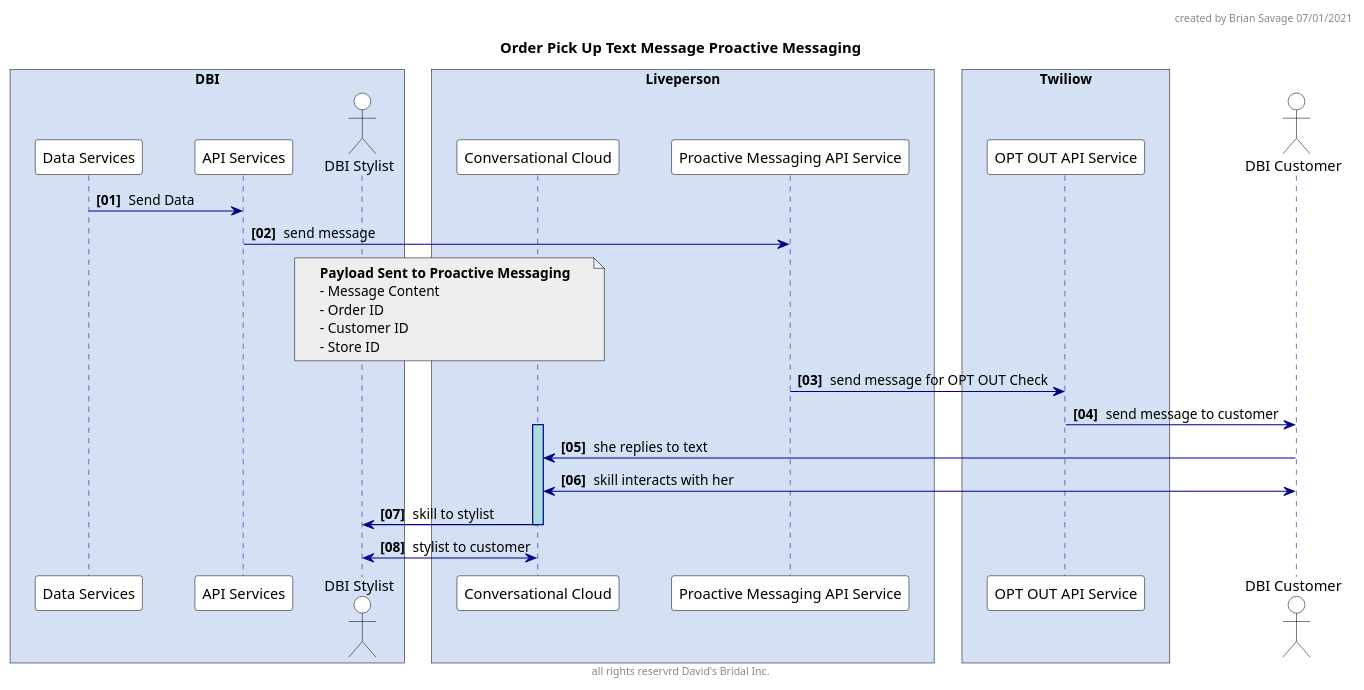
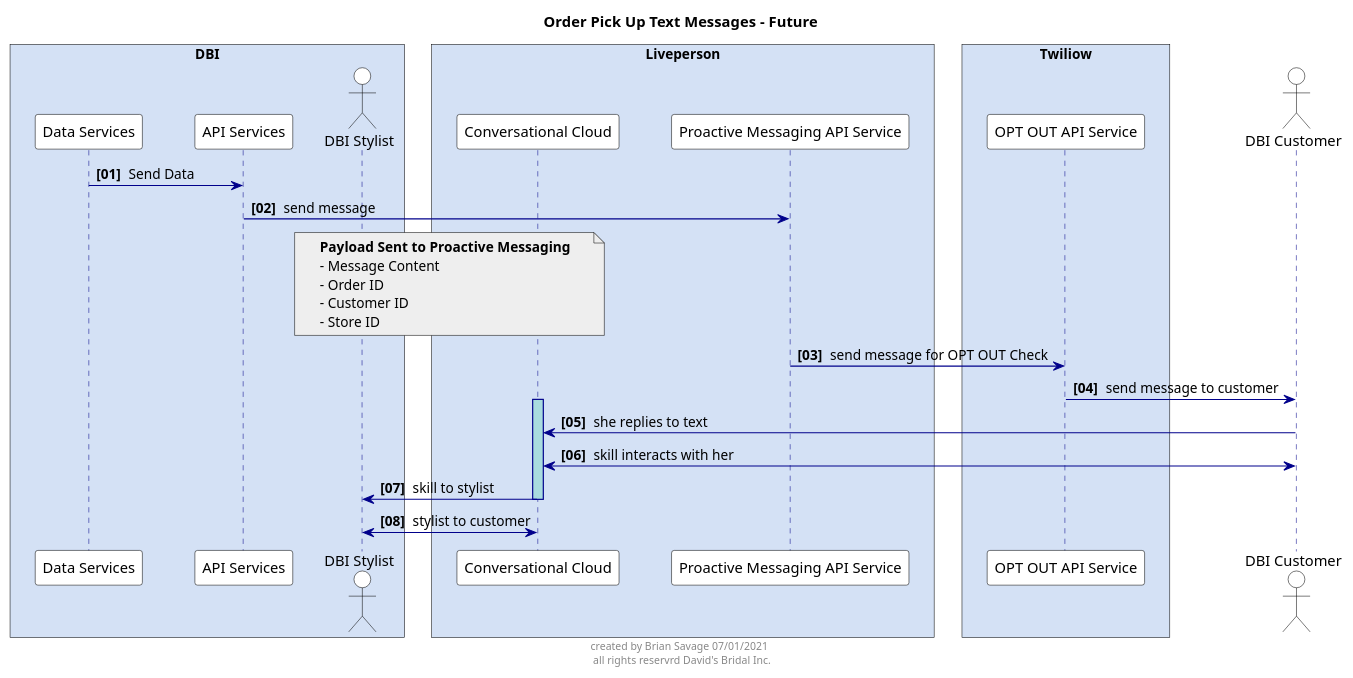
The diagram in diagrams/order-pick-up-text-message.puml (bsavage-dbi/assets), drawn with PlantUML before and after one commit. The commit also changed 8 other files, not shown here.

```diff
--- a/diagrams/order-pick-up-text-message.puml
+++ b/diagrams/order-pick-up-text-message.puml
@@ -1,61 +1,60 @@
 @startuml
 
 skinparam sequenceBoxBorderColor #black
 skinparam NoteBorderColor #black
 
 skinparam sequence {
     ArrowColor DarkBlue
     ActorBackgroundColor White
     ActorBorderColor black
     LifeLineBorderColor DarkBlue
     LifeLineBackgroundColor #A9DCDF
     BoxPadding 20
     ParticipantPadding 20
     ParticipantBorderColor Black
     ParticipantBackgroundColor White
 }
 
 autonumber "<b>[00] "
-header created by Brian Savage 07/01/2021
-footer all rights reservrd David's Bridal Inc.
+footer created by Brian Savage 07/01/2021 \n all rights reservrd David's Bridal Inc.
 
-title Order Pick Up Text Message Proactive Messaging
+title Order Pick Up Text Messages - Future
 
 box "DBI" #D4E1F5
 participant "Data Services" as DBI_DATA
 participant "API Services" as DBI_API
 actor "DBI Stylist" as DBI_STY
 end box
 
 box "Liveperson" #D4E1F5
 participant "Conversational Cloud" as LPCC
 participant "Proactive Messaging API Service" as LPPM
 end box
 
 box "Twiliow" #D4E1F5
 participant "OPT OUT API Service" as TWAS
 end box
 
 actor "DBI Customer" as DBI_CUS
 
 DBI_DATA -> DBI_API : Send Data
 DBI_API -> LPPM : send message
 note over DBI_STY, LPCC #EEE
 <b>Payload Sent to Proactive Messaging
 - Message Content
 - Order ID
 - Customer ID
 - Store ID
 end note
 LPPM -> TWAS : send message for OPT OUT Check
 TWAS -> DBI_CUS : send message to customer
 
 activate LPCC
 
 LPCC <- DBI_CUS : she replies to text
 LPCC <-> DBI_CUS : skill interacts with her
 DBI_STY <- LPCC : skill to stylist
 deactivate LPCC
 
 DBI_STY <-> LPCC : stylist to customer
 @enduml
```
